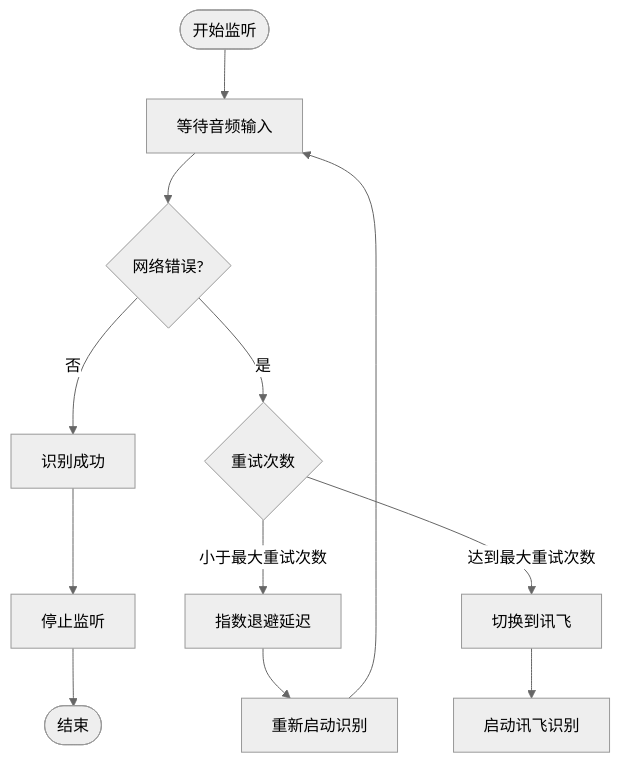
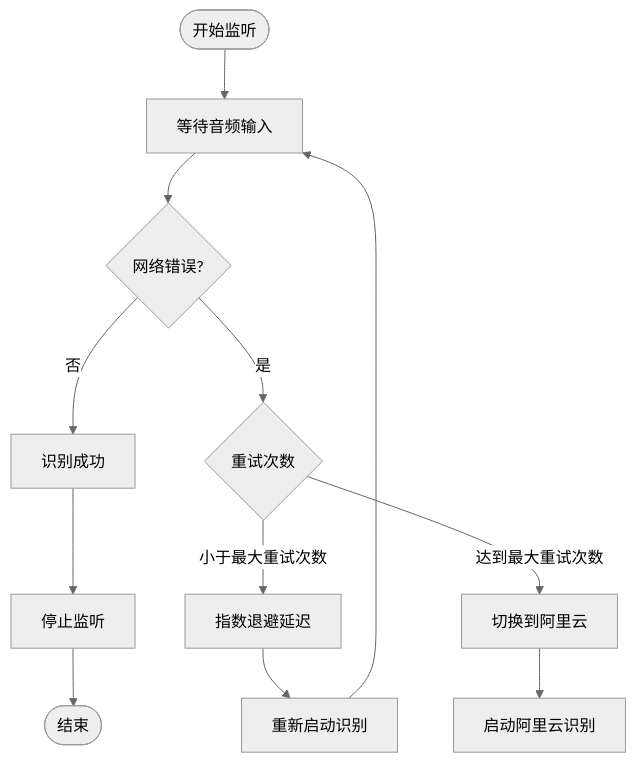
One commit to db300/MySpeechRecognition changed the fourth of 10 diagrams in .qoder/repowiki/zh/content/语音识别模块详解/语音识别模块详解.md. Above: the diagram before and after it, drawn with Mermaid (neutral theme). The commit also changed other lines of this file and 26 other files, not shown here.

````diff
--- a/.qoder/repowiki/zh/content/语音识别模块详解/语音识别模块详解.md
+++ b/.qoder/repowiki/zh/content/语音识别模块详解/语音识别模块详解.md
@@ -202,14 +214,14 @@
 ```mermaid
 flowchart TD
 Start([开始监听]) --> Listen[等待音频输入]
 Listen --> NetworkError{网络错误?}
 NetworkError --> |否| Success[识别成功]
 NetworkError --> |是| RetryCount{重试次数}
 RetryCount --> |小于最大重试次数| Delay[指数退避延迟]
 Delay --> Restart[重新启动识别]
 Restart --> Listen
-RetryCount --> |达到最大重试次数| SwitchBackend[切换到讯飞]
-SwitchBackend --> XfyunStart[启动讯飞识别]
+RetryCount --> |达到最大重试次数| SwitchBackend[切换到阿里云]
+SwitchBackend --> AliyunStart[启动阿里云识别]
 Success --> Stop[停止监听]
 Stop --> End([结束])
 ```
````
